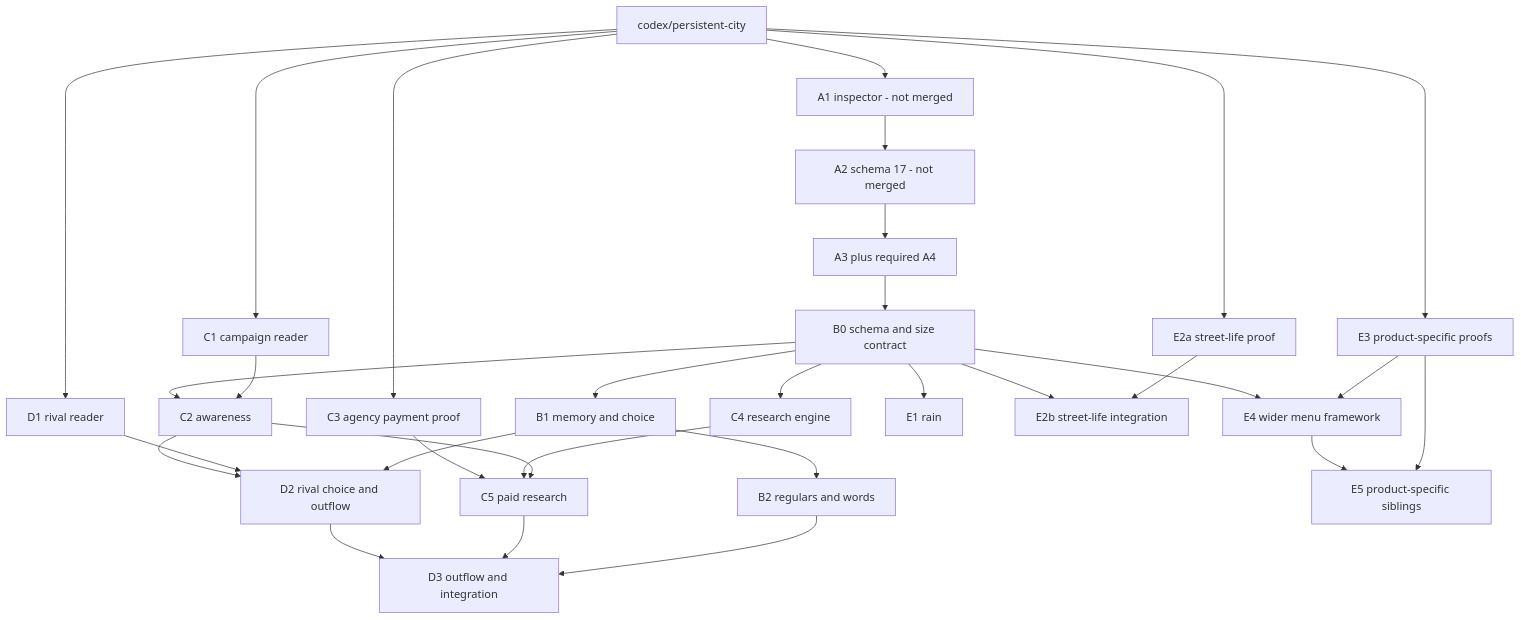
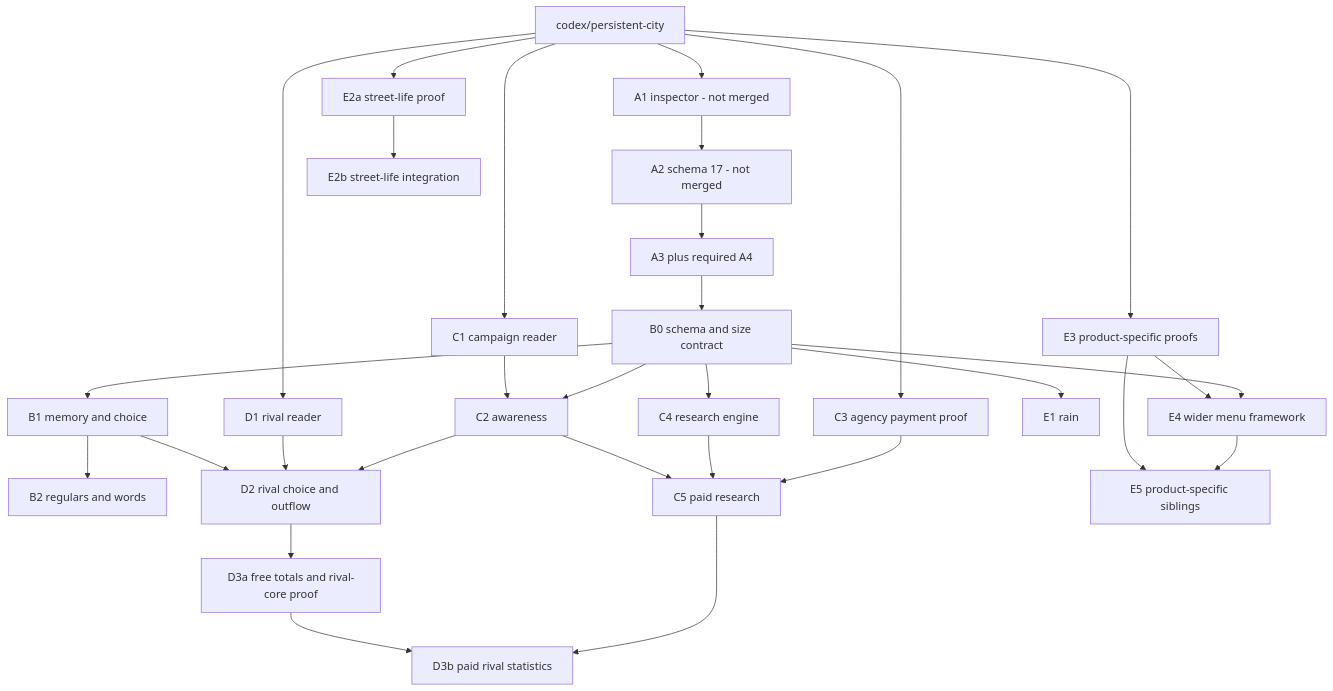
One commit to PeterHartwieg/big-ambitions-persistent-city changed the diagram in docs/plans/steps-b-e.md. Above: the diagram before and after it, drawn with Mermaid. The commit also changed other lines of this file and 1 other file, not shown here.

````diff
--- a/docs/plans/steps-b-e.md
+++ b/docs/plans/steps-b-e.md
@@ -183,33 +204,32 @@
 ```mermaid
 graph TD
   Base[codex/persistent-city] --> A1[A1 inspector - not merged]
   A1 --> A2[A2 schema 17 - not merged]
   A2 --> A3[A3 plus required A4]
   A3 --> B0[B0 schema and size contract]
   B0 --> B1[B1 memory and choice]
   B1 --> B2[B2 regulars and words]
   Base --> C1[C1 campaign reader]
   Base --> C3[C3 agency payment proof]
   B0 --> C2[C2 awareness]
   C1 --> C2
   B0 --> C4[C4 research engine]
   C3 --> C5[C5 paid research]
   C4 --> C5
   C2 --> C5
   Base --> D1[D1 rival reader]
   C2 --> D2[D2 rival choice and outflow]
   D1 --> D2
   B1 --> D2
-  D2 --> D3[D3 outflow and integration]
-  C5 --> D3
-  B2 --> D3
+  D2 --> D3a[D3a free totals and rival-core proof]
+  C5 --> D3b[D3b paid rival statistics]
+  D3a --> D3b
   B0 --> E1[E1 rain]
   Base --> E2a[E2a street-life proof]
-  B0 --> E2b[E2b street-life integration]
-  E2a --> E2b
+  E2a --> E2b[E2b street-life integration]
   Base --> E3[E3 product-specific proofs]
   B0 --> E4[E4 wider menu framework]
   E3 --> E4
   E4 --> E5[E5 product-specific siblings]
   E3 --> E5
 ```
````
